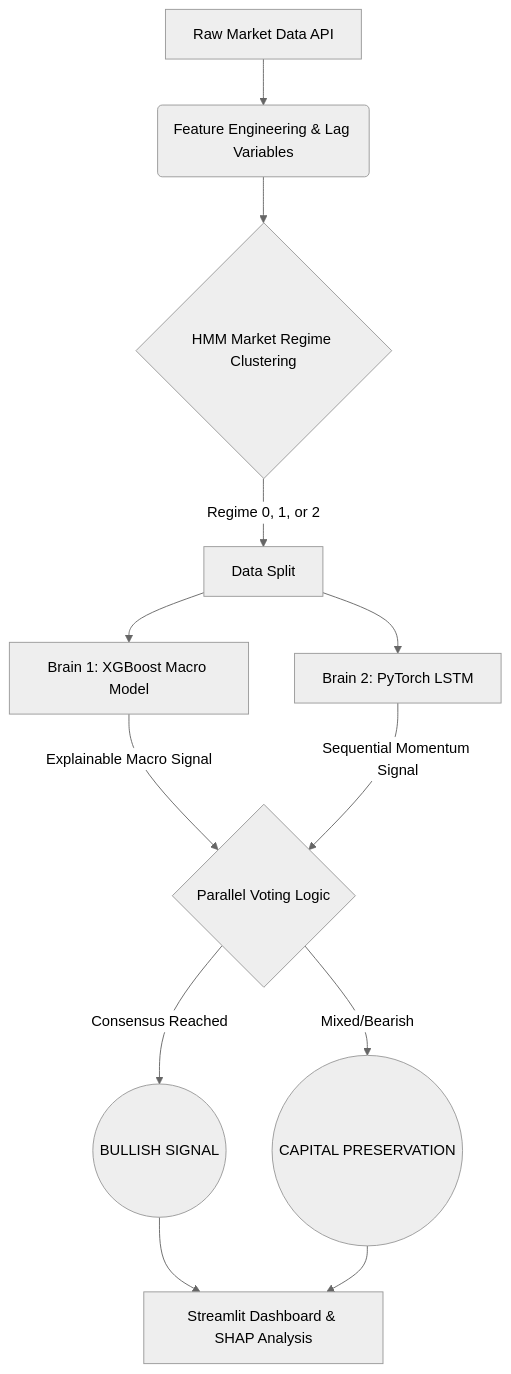
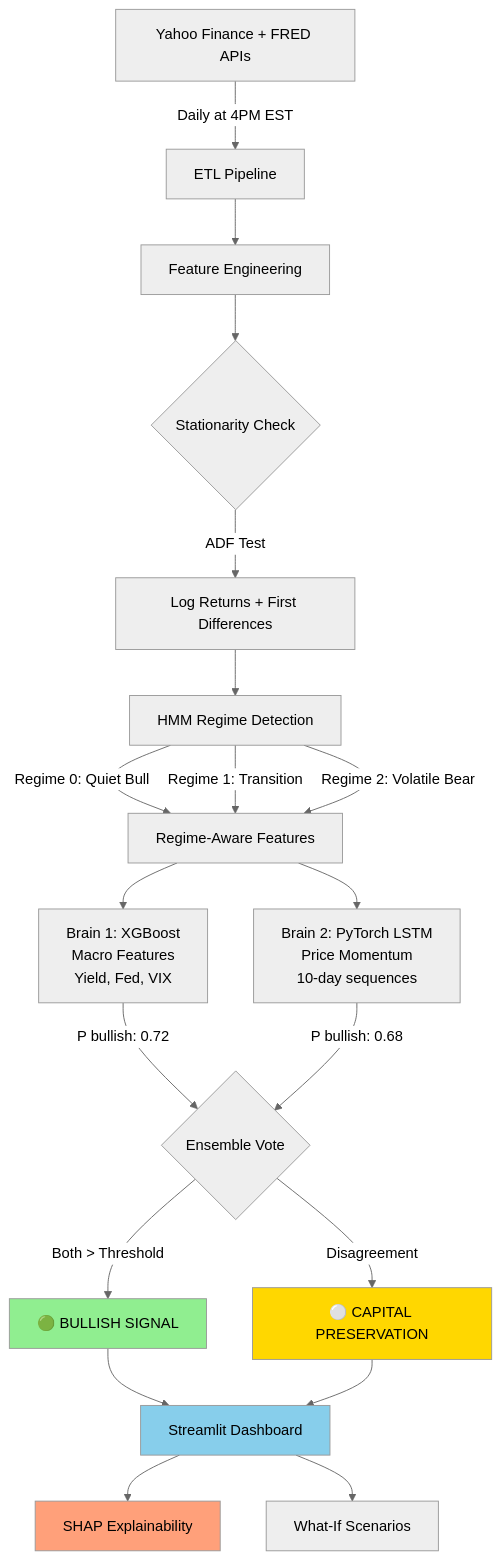
One commit to samf0rd/macro_alpha changed the diagram in README.md. Above: the diagram before and after it, drawn with Mermaid (neutral theme). The commit also changed other lines of this file, not shown here.

First line of the commit message:
Revise README for improved project description and features

````diff
--- a/README.md
+++ b/README.md
@@ -19,19 +103,31 @@
 ```mermaid
-graph TD
-    A[Raw Market Data API] --> B(Feature Engineering & Lag Variables)
-    B --> C{HMM Market Regime Clustering}
+flowchart TD
+    A[Yahoo Finance + FRED APIs] -->|Daily at 4PM EST| B[ETL Pipeline]
+    B --> C[Feature Engineering]
+    C --> D{Stationarity Check}
+    D -->|ADF Test| E[Log Returns + First Differences]
     
-    C -->|Regime 0, 1, or 2| D[Data Split]
+    E --> F[HMM Regime Detection]
+    F -->|Regime 0: Quiet Bull| G[Regime-Aware Features]
+    F -->|Regime 1: Transition| G
+    F -->|Regime 2: Volatile Bear| G
     
-    D --> E[Brain 1: XGBoost Macro Model]
-    D --> F[Brain 2: PyTorch LSTM]
+    G --> H[Brain 1: XGBoost<br/>Macro Features<br/>Yield, Fed, VIX]
+    G --> I[Brain 2: PyTorch LSTM<br/>Price Momentum<br/>10-day sequences]
     
-    E -->|Explainable Macro Signal| G{Parallel Voting Logic}
-    F -->|Sequential Momentum Signal| G
+    H -->|P bullish: 0.72| J{Ensemble Vote}
+    I -->|P bullish: 0.68| J
     
-    G -->|Consensus Reached| H((BULLISH SIGNAL))
-    G -->|Mixed/Bearish| I((CAPITAL PRESERVATION))
+    J -->|Both > Threshold| K[🟢 BULLISH SIGNAL]
+    J -->|Disagreement| L[⚪ CAPITAL PRESERVATION]
     
-    H --> J[Streamlit Dashboard & SHAP Analysis]
-    I --> J
+    K --> M[Streamlit Dashboard]
+    L --> M
+    M --> N[SHAP Explainability]
+    M --> O[What-If Scenarios]
+    
+    style K fill:#90EE90
+    style L fill:#FFD700
+    style M fill:#87CEEB
+    style N fill:#FFA07A
 ```
````
